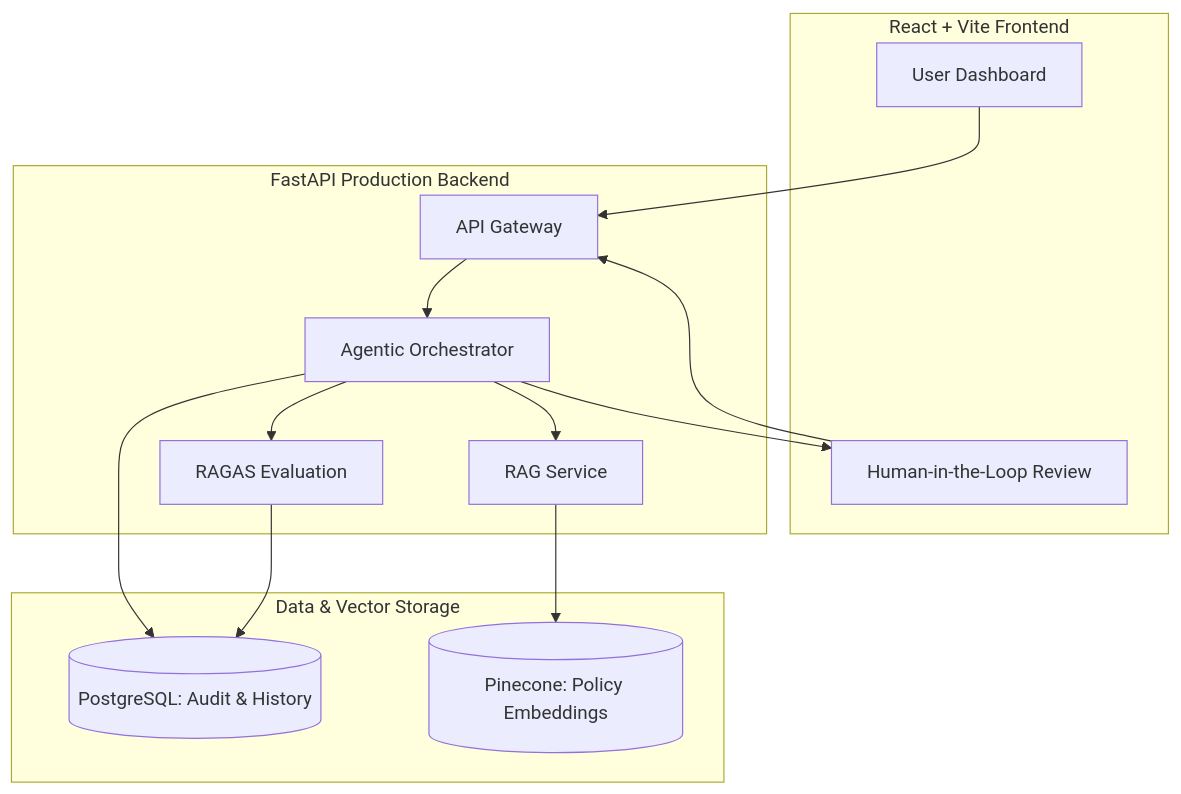
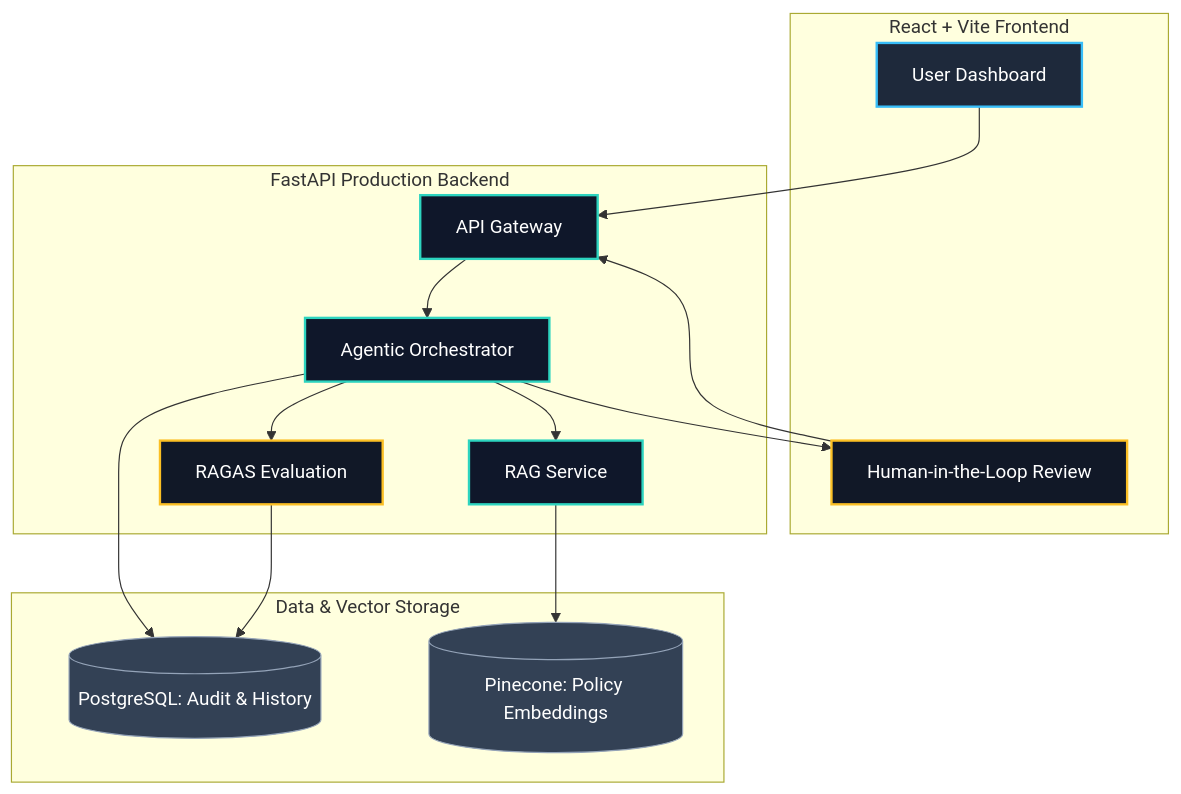
The diagram in README.md (NitZZ057/AI-Policy-Assistance), drawn with Mermaid before and after one commit.

Commit message:
Updated the diagram

````diff
--- a/README.md
+++ b/README.md
@@ -52,29 +52,35 @@
 ```mermaid
 graph TD
+    %% Class Definitions for Colors
+    classDef frontend fill:#1e293b,stroke:#38bdf8,stroke-width:2px,color:#fff
+    classDef backend fill:#0f172a,stroke:#2dd4bf,stroke-width:2px,color:#fff
+    classDef storage fill:#334155,stroke:#94a3b8,stroke-width:1px,color:#fff
+    classDef highlight fill:#111827,stroke:#fbbf24,stroke-width:2px,color:#fff
+
     subgraph Frontend_Layer [React + Vite Frontend]
-        UI[User Dashboard]
-        Review[Human-in-the-Loop Review]
+        UI[User Dashboard]:::frontend
+        Review[Human-in-the-Loop Review]:::highlight
     end
 
     subgraph Backend_Layer [FastAPI Production Backend]
-        API[API Gateway]
-        Agent[Agentic Orchestrator]
-        RAG[RAG Service]
-        Eval[RAGAS Evaluation]
+        API[API Gateway]:::backend
+        Agent[Agentic Orchestrator]:::backend
+        RAG[RAG Service]:::backend
+        Eval[RAGAS Evaluation]:::highlight
     end
 
     subgraph Storage_Layer [Data & Vector Storage]
-        DB[(PostgreSQL: Audit & History)]
-        VectorDB[(Pinecone: Policy Embeddings)]
+        DB[(PostgreSQL: Audit & History)]:::storage
+        VectorDB[(Pinecone: Policy Embeddings)]:::storage
     end
 
     UI --> API
     API --> Agent
     Agent --> RAG
     RAG --> VectorDB
     Agent --> DB
     Agent --> Review
     Review --> API
     Agent --> Eval
     Eval --> DB
 ```
````
